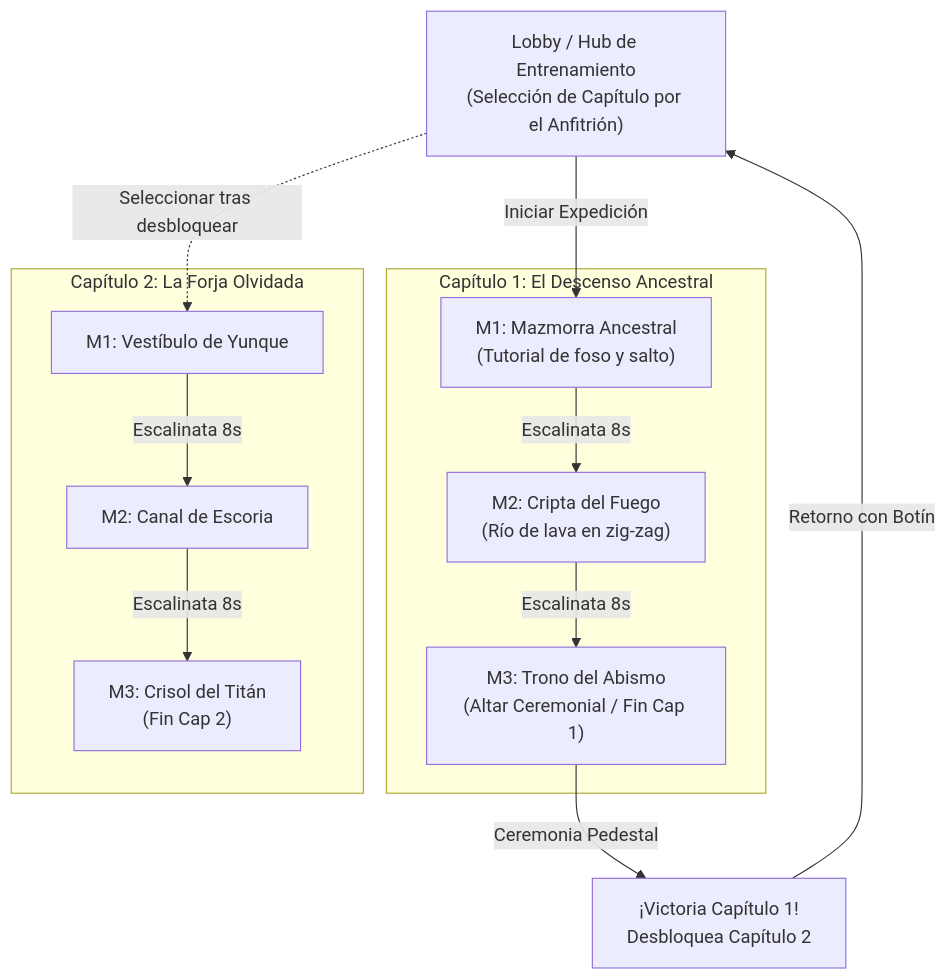
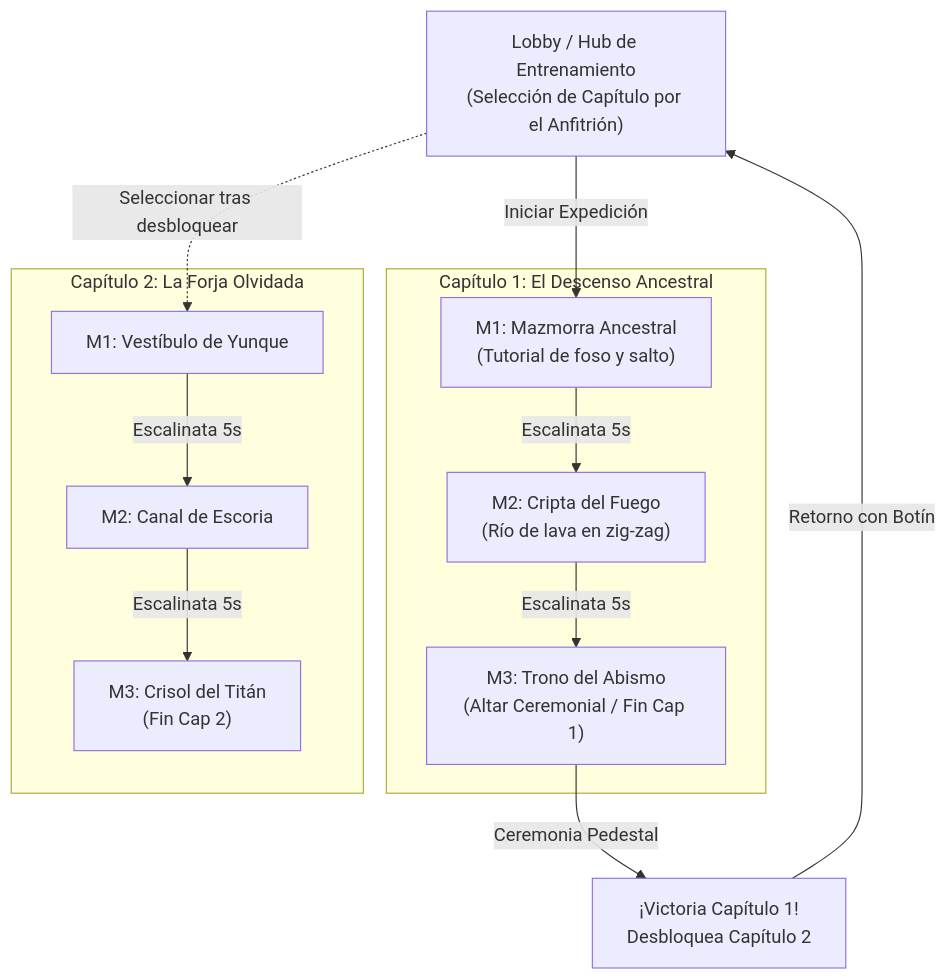
The second of 3 diagrams in docs/17-arquitectura-de-capitulos-y-escalado-de-mazmorras.md (erickaguilar/runa-y-piedra), drawn with Mermaid before and after one commit. The commit also changed 8 other files, not shown here.

````diff
--- a/docs/17-arquitectura-de-capitulos-y-escalado-de-mazmorras.md
+++ b/docs/17-arquitectura-de-capitulos-y-escalado-de-mazmorras.md
@@ -63,19 +63,19 @@
 ```mermaid
 flowchart TD
     Hub["Lobby / Hub de Entrenamiento\n(Selección de Capítulo por el Anfitrión)"]
     
     subgraph Cap1["Capítulo 1: El Descenso Ancestral"]
-        C1D1["M1: Mazmorra Ancestral\n(Tutorial de foso y salto)"] -->|Escalinata 8s| C1D2["M2: Cripta del Fuego\n(Río de lava en zig-zag)"]
-        C1D2 -->|Escalinata 8s| C1D3["M3: Trono del Abismo\n(Altar Ceremonial / Fin Cap 1)"]
+        C1D1["M1: Mazmorra Ancestral\n(Tutorial de foso y salto)"] -->|Escalinata 5s| C1D2["M2: Cripta del Fuego\n(Río de lava en zig-zag)"]
+        C1D2 -->|Escalinata 5s| C1D3["M3: Trono del Abismo\n(Altar Ceremonial / Fin Cap 1)"]
     end
 
     subgraph Cap2["Capítulo 2: La Forja Olvidada"]
-        C2D1["M1: Vestíbulo de Yunque"] -->|Escalinata 8s| C2D2["M2: Canal de Escoria"]
-        C2D2 -->|Escalinata 8s| C2D3["M3: Crisol del Titán\n(Fin Cap 2)"]
+        C2D1["M1: Vestíbulo de Yunque"] -->|Escalinata 5s| C2D2["M2: Canal de Escoria"]
+        C2D2 -->|Escalinata 5s| C2D3["M3: Crisol del Titán\n(Fin Cap 2)"]
     end
 
     Hub -->|Iniciar Expedición| C1D1
     Hub -.->|Seleccionar tras desbloquear| C2D1
     C1D3 -->|Ceremonia Pedestal| Vic1["¡Victoria Capítulo 1!\nDesbloquea Capítulo 2"]
     Vic1 -->|Retorno con Botín| Hub
 ```
````
